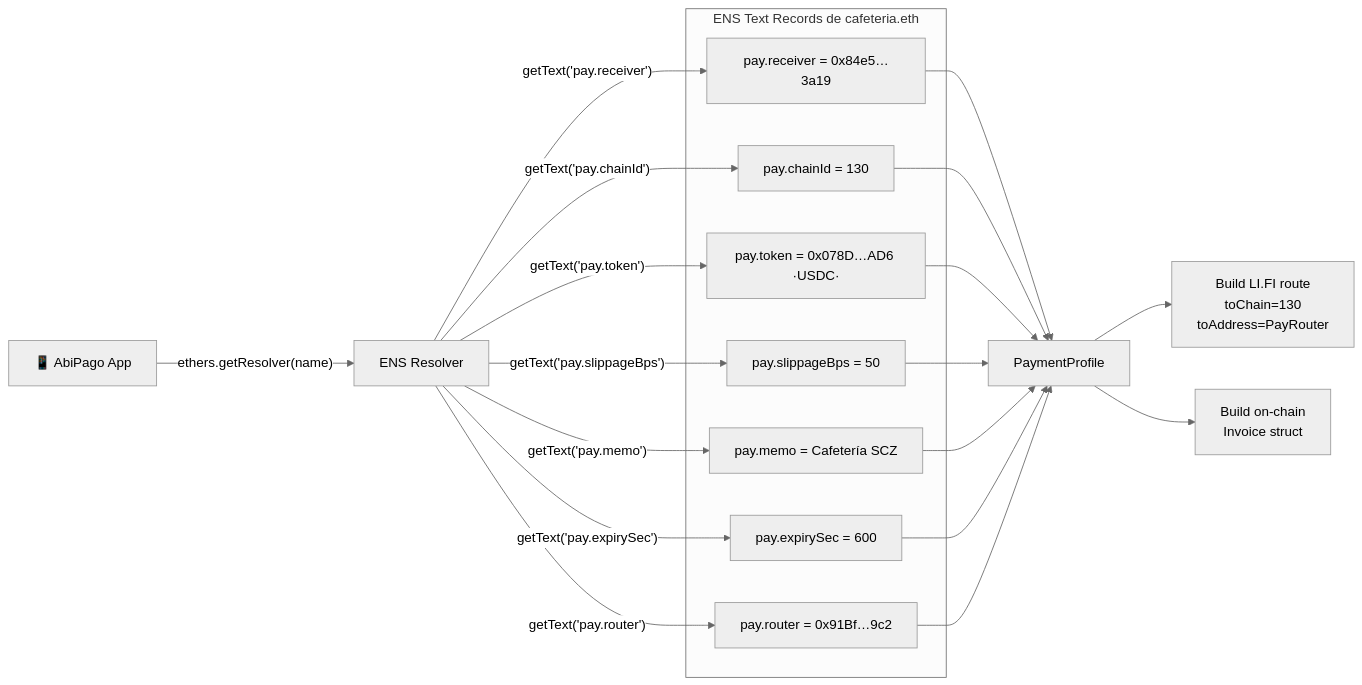
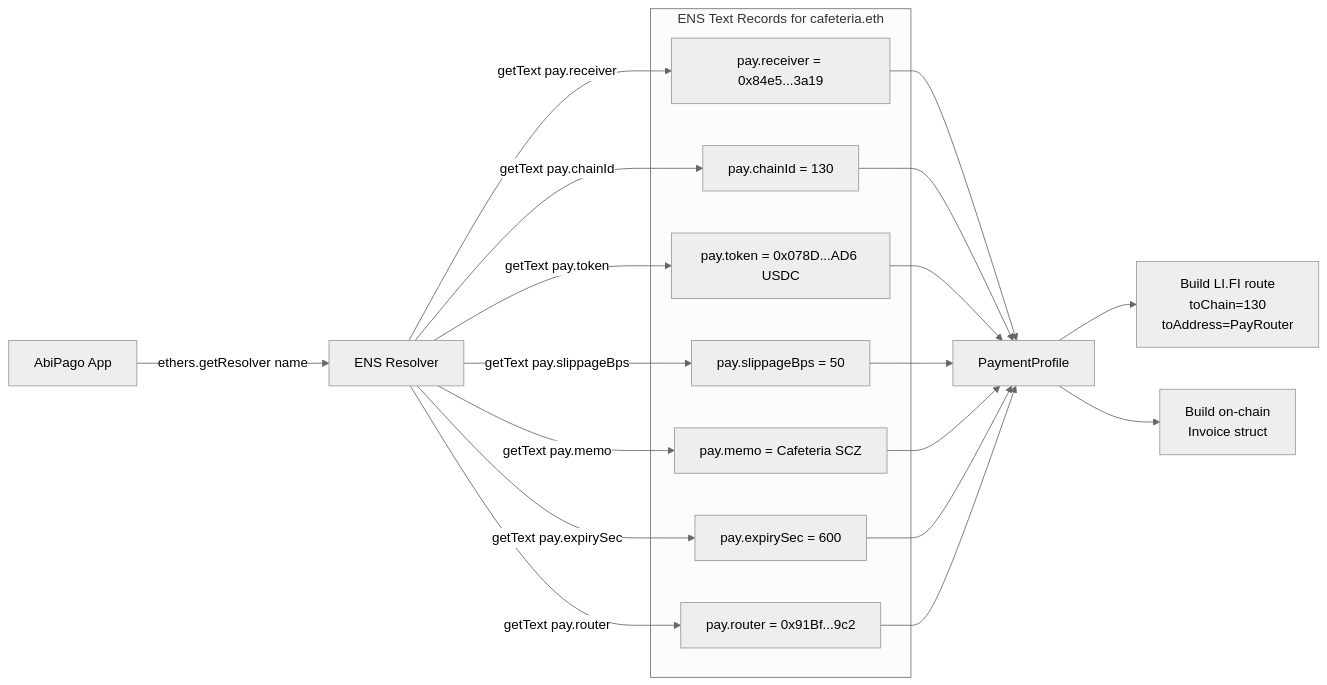
Before and after one commit to danelerr/htm-abipago: the seventh of 11 diagrams in docs/architecture.md, drawn with Mermaid (neutral theme). The commit also changed other lines of this file, not shown here.

Commit message:
updsare diagram

````diff
--- a/docs/architecture.md
+++ b/docs/architecture.md
@@ -355,33 +355,33 @@
 ```mermaid
 graph LR
-    subgraph "ENS Text Records de cafeteria.eth"
-        R1["pay.receiver = 0x84e5…3a19"]
+    subgraph "ENS Text Records for cafeteria.eth"
+        R1["pay.receiver = 0x84e5...3a19"]
         R2["pay.chainId = 130"]
-        R3["pay.token = 0x078D…AD6 ·USDC·"]
+        R3["pay.token = 0x078D...AD6 USDC"]
         R4["pay.slippageBps = 50"]
-        R5["pay.memo = Cafetería SCZ"]
+        R5["pay.memo = Cafeteria SCZ"]
         R6["pay.expirySec = 600"]
-        R7["pay.router = 0x91Bf…9c2"]
+        R7["pay.router = 0x91Bf...9c2"]
     end
 
-    APP["📱 AbiPago App"]
-    APP -->|"ethers.getResolver(name)"| RESOLVER["ENS Resolver"]
-    RESOLVER -->|"getText('pay.receiver')"| R1
-    RESOLVER -->|"getText('pay.chainId')"| R2
-    RESOLVER -->|"getText('pay.token')"| R3
-    RESOLVER -->|"getText('pay.slippageBps')"| R4
-    RESOLVER -->|"getText('pay.memo')"| R5
-    RESOLVER -->|"getText('pay.expirySec')"| R6
-    RESOLVER -->|"getText('pay.router')"| R7
+    APP["AbiPago App"]
+    APP -->|"ethers.getResolver name"| RESOLVER["ENS Resolver"]
+    RESOLVER -->|"getText pay.receiver"| R1
+    RESOLVER -->|"getText pay.chainId"| R2
+    RESOLVER -->|"getText pay.token"| R3
+    RESOLVER -->|"getText pay.slippageBps"| R4
+    RESOLVER -->|"getText pay.memo"| R5
+    RESOLVER -->|"getText pay.expirySec"| R6
+    RESOLVER -->|"getText pay.router"| R7
 
     R1 --> PROFILE["PaymentProfile"]
     R2 --> PROFILE
     R3 --> PROFILE
     R4 --> PROFILE
     R5 --> PROFILE
     R6 --> PROFILE
     R7 --> PROFILE
 
     PROFILE --> LIFI["Build LI.FI route<br/>toChain=130<br/>toAddress=PayRouter"]
     PROFILE --> INVOICE["Build on-chain<br/>Invoice struct"]
 ```
````
